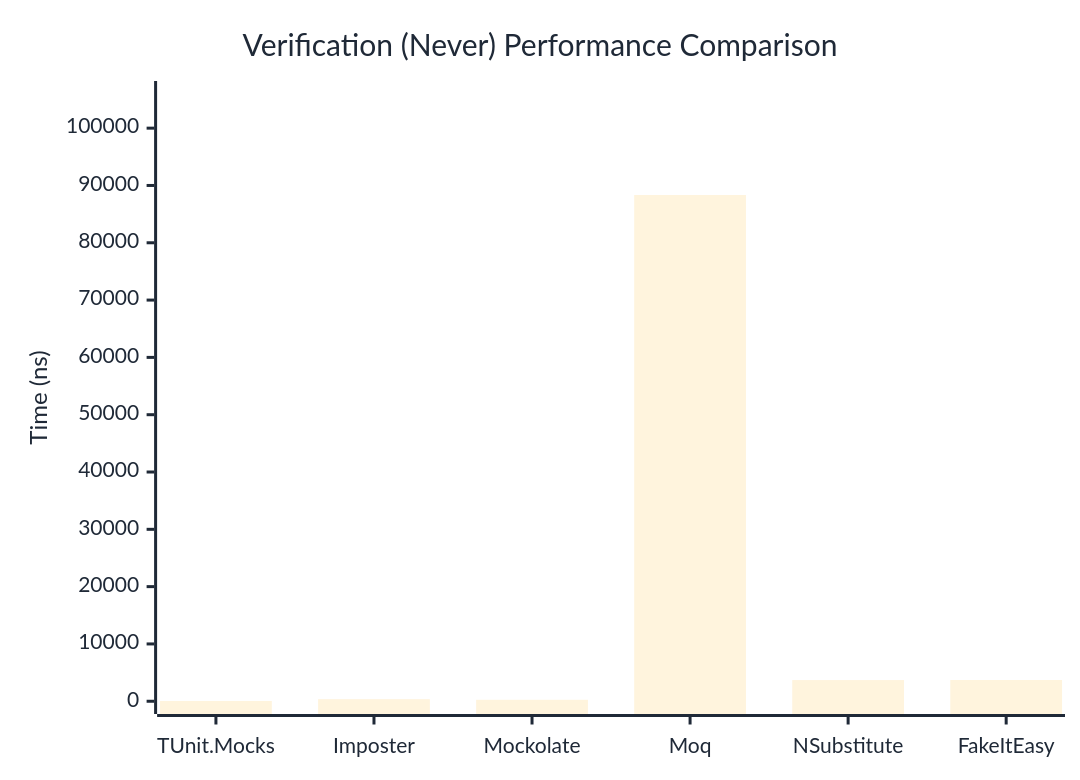
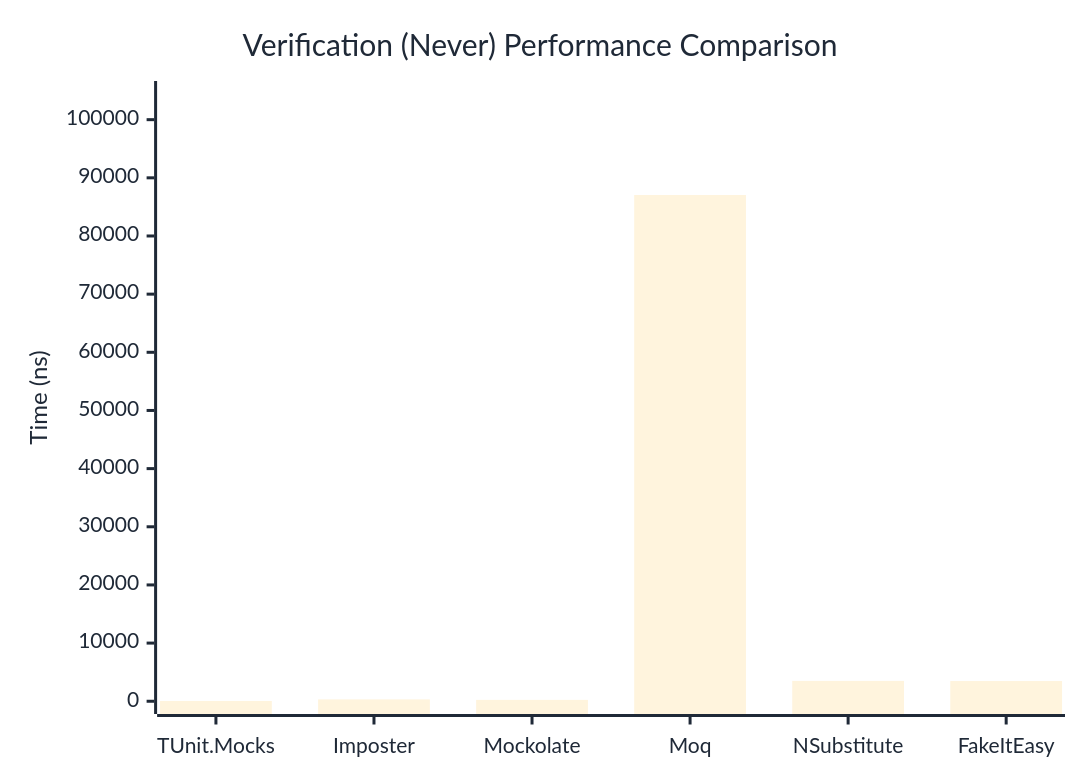
One commit to thomhurst/TUnit changed the second of 3 diagrams in docs/docs/benchmarks/mocks/Verification.md. Above: the diagram before and after it, drawn with Mermaid. The commit also changed other lines of this file and 14 other files, not shown here.

````diff
--- a/docs/docs/benchmarks/mocks/Verification.md
+++ b/docs/docs/benchmarks/mocks/Verification.md
@@ -69,27 +69,27 @@
 ```mermaid
 %%{init: {
   'theme':'base',
   'themeVariables': {
     'primaryColor': '#2563eb',
     'primaryTextColor': '#1f2937',
     'primaryBorderColor': '#1e40af',
     'lineColor': '#6b7280',
     'secondaryColor': '#7c3aed',
     'tertiaryColor': '#dc2626',
     'background': '#ffffff',
     'pie1': '#2563eb',
     'pie2': '#7c3aed',
     'pie3': '#dc2626',
     'pie4': '#f59e0b',
     'pie5': '#10b981',
     'pie6': '#06b6d4',
     'pie7': '#ec4899',
     'pie8': '#6366f1'
   }
 }}%%
 xychart-beta
   title "Verification (Never) Performance Comparison"
   x-axis ["TUnit.Mocks", "Imposter", "Mockolate", "Moq", "NSubstitute", "FakeItEasy"]
-  y-axis "Time (ns)" 0 --> 106003
-  bar [52.64, 364.33, 256.56, 88335.35, 3692.85, 3704.23]
+  y-axis "Time (ns)" 0 --> 104456
+  bar [47.81, 318.14, 235.19, 87046.63, 3500.66, 3473.93]
 ```
````
